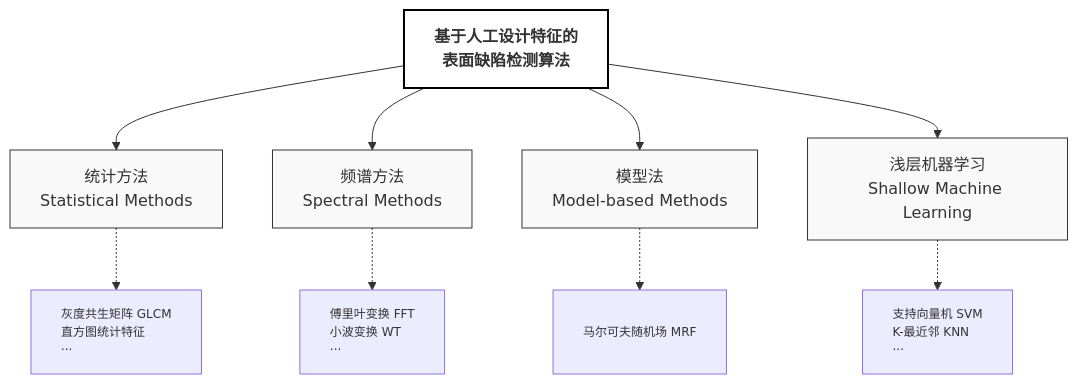
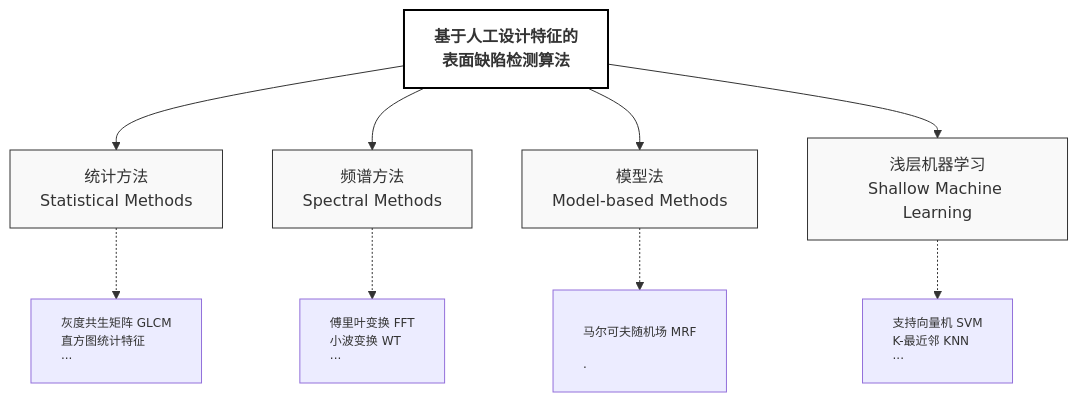
One commit to MAOSHENGsong/iodraw-files changed the diagram in all/未命名-1.md. Above: the diagram before and after it, drawn with Mermaid.

Commit message:
2026-03-17 18:29:07 update

````diff
--- a/all/未命名-1.md
+++ b/all/未命名-1.md
@@ -1,43 +1,43 @@
 ```mermaid
 graph TB
     %% 核心标题
     Main[
     基于人工设计特征的
     表面缺陷检测算法] 
     
     %% 第一层级：四大分支
     Statistical[统计方法<br/>Statistical Methods]
     Spectral[频谱方法<br/>Spectral Methods]
     Model[模型法<br/>Model-based Methods]
     Machine[浅层机器学习<br/>Shallow Machine Learning]
 
     %% 第二层级：典型算法
     Sub_Stat[灰度共生矩阵 GLCM<br/>直方图统计特征<br/>···]
     Sub_Spec[傅里叶变换 FFT<br/>小波变换 WT<br/>···]
-    Sub_Mod[<br/>马尔可夫随机场 MRF<br/><br/>]
+    Sub_Mod[<br/>马尔可夫随机场 MRF<br/><br/>·]
     Sub_Mach[支持向量机 SVM<br/>K-最近邻 KNN<br/>···]
 
     %% 建立连接
     Main --> Statistical
     Main --> Spectral
     Main --> Model
     Main --> Machine
 
     Statistical -.-> Sub_Stat
     Spectral -.-> Sub_Spec
     Model -.-> Sub_Mod
     Machine -.-> Sub_Mach
 
     %% 样式美化：论文通常使用白底黑字或淡色调
     style Main fill:#ffffff,stroke:#000,stroke-width:2px,font-weight:bold
     style Statistical fill:#f9f9f9,stroke:#333,stroke-width:1px
     style Spectral fill:#f9f9f9,stroke:#333,stroke-width:1px
     style Model fill:#f9f9f9,stroke:#333,stroke-width:1px
     style Machine fill:#f9f9f9,stroke:#333,stroke-width:1px
     
     %% 细化子项样式
     style Sub_Stat font-size:12px,text-align:left
     style Sub_Spec font-size:12px,text-align:left
     style Sub_Mod font-size:12px,text-align:left
     style Sub_Mach font-size:12px,text-align:left
 ```
````
